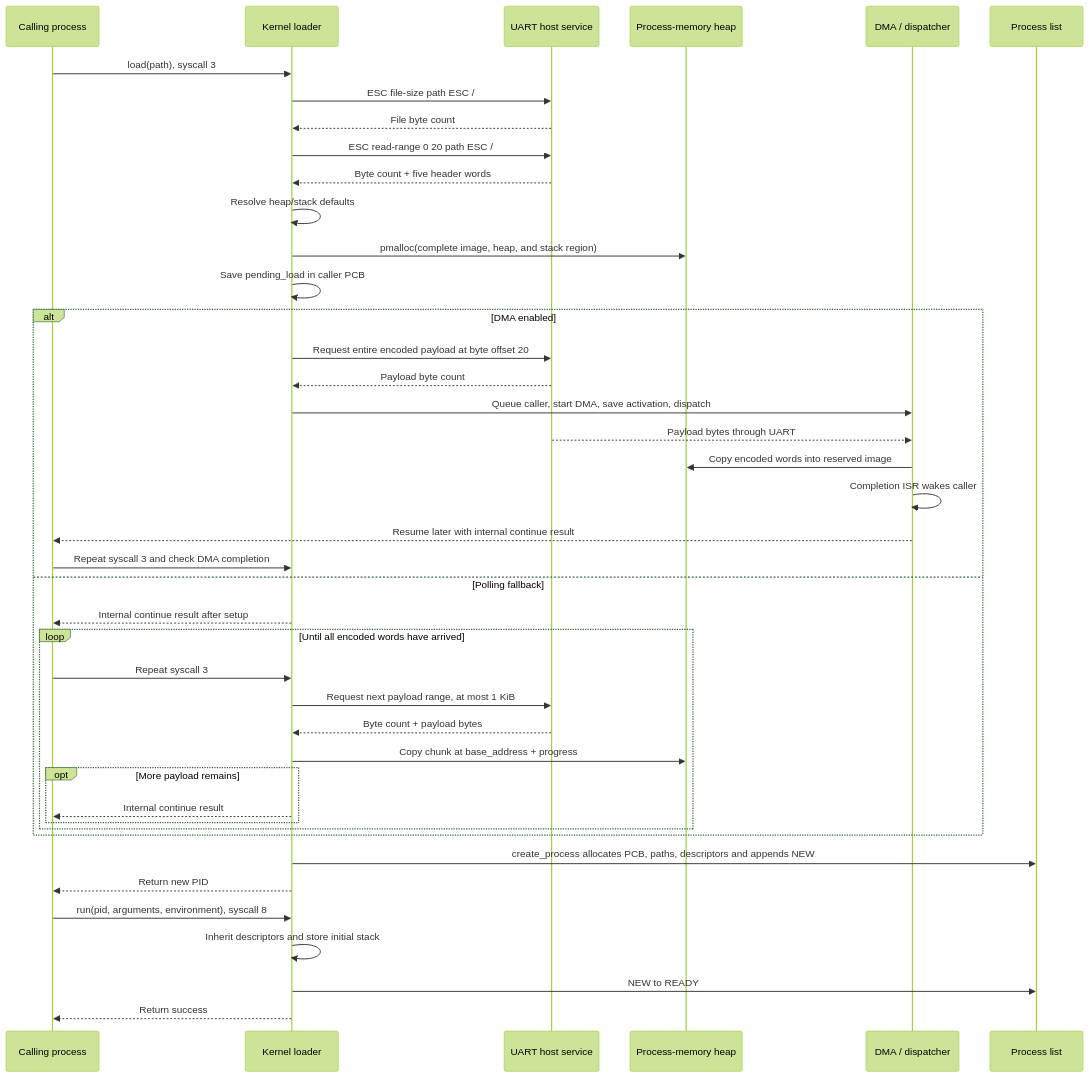
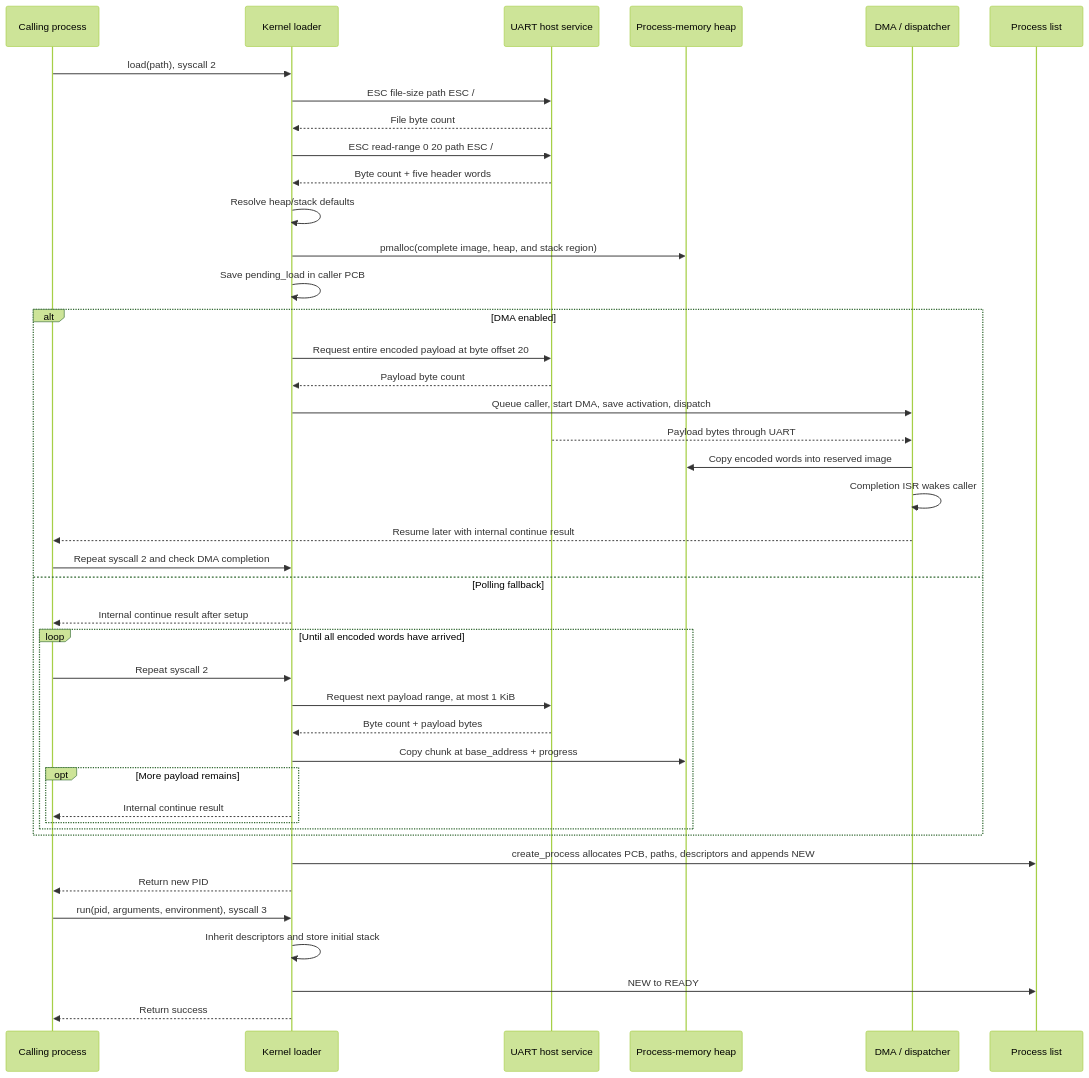
The tenth of 30 diagrams in README.md (matthejue/Pico-OS), drawn with Mermaid (forest theme) before and after one commit. The commit also changed other lines of this file and 8 other files, not shown here.

````diff
--- a/README.md
+++ b/README.md
@@ -1795,45 +1792,45 @@
 ```mermaid
 sequenceDiagram
     participant C as Calling process
     participant K as Kernel loader
     participant H as UART host service
     participant M as Process-memory heap
     participant D as DMA / dispatcher
     participant P as Process list
 
-    C->>K: load(path), syscall 3
+    C->>K: load(path), syscall 2
     K->>H: ESC file-size path ESC /
     H-->>K: File byte count
     K->>H: ESC read-range 0 20 path ESC /
     H-->>K: Byte count + five header words
     K->>K: Resolve heap/stack defaults
     K->>M: pmalloc(complete image, heap, and stack region)
     K->>K: Save pending_load in caller PCB
     alt DMA enabled
         K->>H: Request entire encoded payload at byte offset 20
         H-->>K: Payload byte count
         K->>D: Queue caller, start DMA, save activation, dispatch
         H-->>D: Payload bytes through UART
         D->>M: Copy encoded words into reserved image
         D->>D: Completion ISR wakes caller
         D-->>C: Resume later with internal continue result
-        C->>K: Repeat syscall 3 and check DMA completion
+        C->>K: Repeat syscall 2 and check DMA completion
     else Polling fallback
         K-->>C: Internal continue result after setup
         loop Until all encoded words have arrived
-            C->>K: Repeat syscall 3
+            C->>K: Repeat syscall 2
             K->>H: Request next payload range, at most 1 KiB
             H-->>K: Byte count + payload bytes
             K->>M: Copy chunk at base_address + progress
             opt More payload remains
                 K-->>C: Internal continue result
             end
         end
     end
     K->>P: create_process allocates PCB, paths, descriptors and appends NEW
     K-->>C: Return new PID
-    C->>K: run(pid, arguments, environment), syscall 8
+    C->>K: run(pid, arguments, environment), syscall 3
     K->>K: Inherit descriptors and store initial stack
     K->>P: NEW to READY
     K-->>C: Return success
 ```
````
